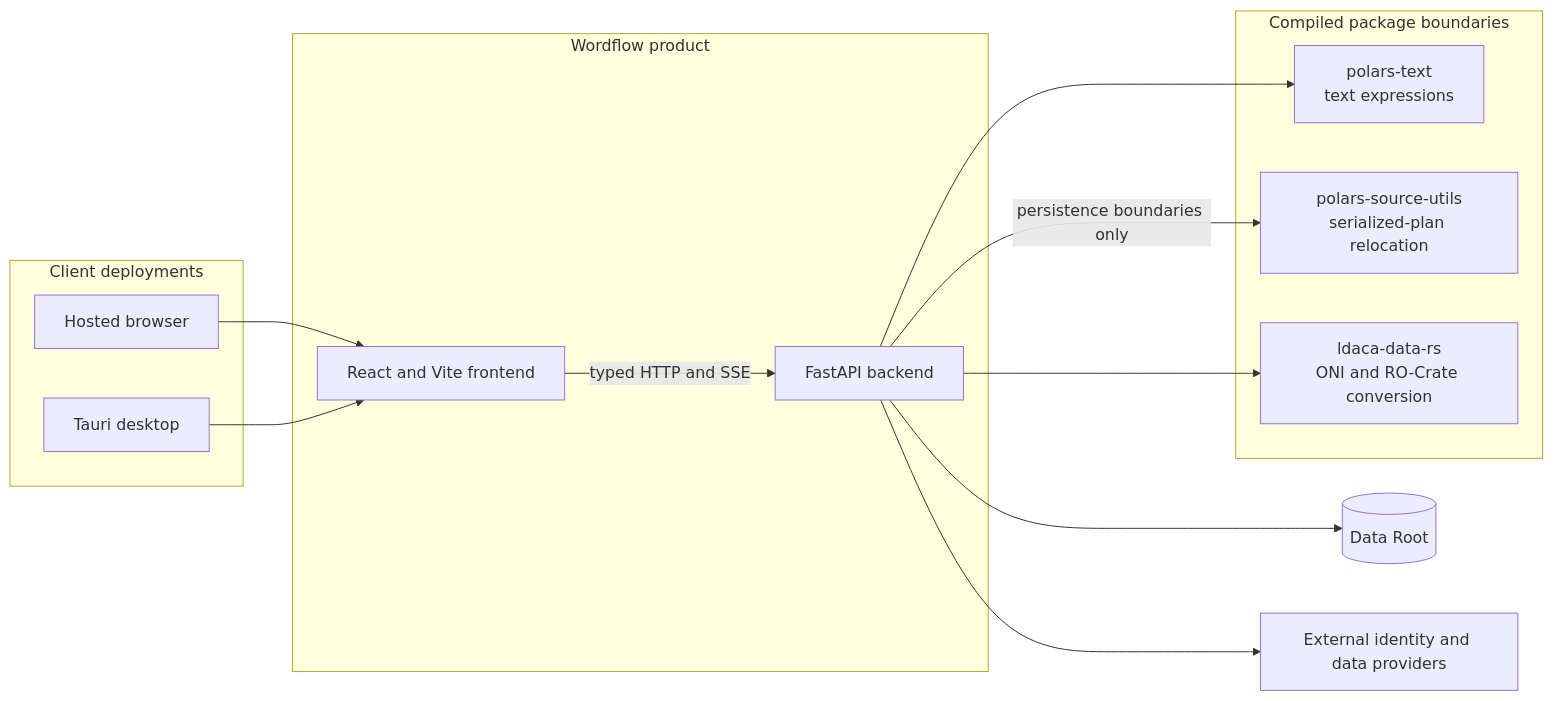
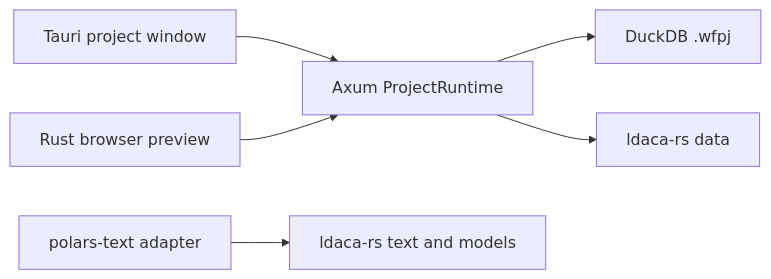
One commit to Australian-Text-Analytics-Platform/ldaca-wordflow changed the diagram in docs/architecture/system-overview.md. Above: the diagram before and after it, drawn with Mermaid. The commit also changed other lines of this file and 2241 other files, not shown here.

````diff
--- a/docs/architecture/system-overview.md
+++ b/docs/architecture/system-overview.md
@@ -22,27 +7,8 @@
 ```mermaid
 flowchart LR
-    subgraph Clients["Client deployments"]
-        WEB["Hosted browser"]
-        DESKTOP["Tauri desktop"]
-    end
-
-    subgraph Product["Wordflow product"]
-        FRONTEND["React and Vite frontend"]
-        BACKEND["FastAPI backend"]
-    end
-
-    subgraph Packages["Compiled package boundaries"]
-        TEXT["polars-text<br/>text expressions"]
-        PATHS["polars-source-utils<br/>serialized-plan relocation"]
-        DATA["ldaca-data-rs<br/>ONI and RO-Crate conversion"]
-    end
-
-    WEB --> FRONTEND
-    DESKTOP --> FRONTEND
-    FRONTEND -->|"typed HTTP and SSE"| BACKEND
-    BACKEND --> TEXT
-    BACKEND --> DATA
-    BACKEND -->|"persistence boundaries only"| PATHS
-    BACKEND --> ROOT[("Data Root")]
-    BACKEND --> PROVIDERS["External identity and data providers"]
+    Desktop["Tauri project window"] --> Runtime["Axum ProjectRuntime"]
+    Browser["Rust browser preview"] --> Runtime
+    Runtime --> Database["DuckDB .wfpj"]
+    Runtime --> Data["ldaca-rs data"]
+    Adapter["polars-text adapter"] --> Core["ldaca-rs text and models"]
 ```
````
